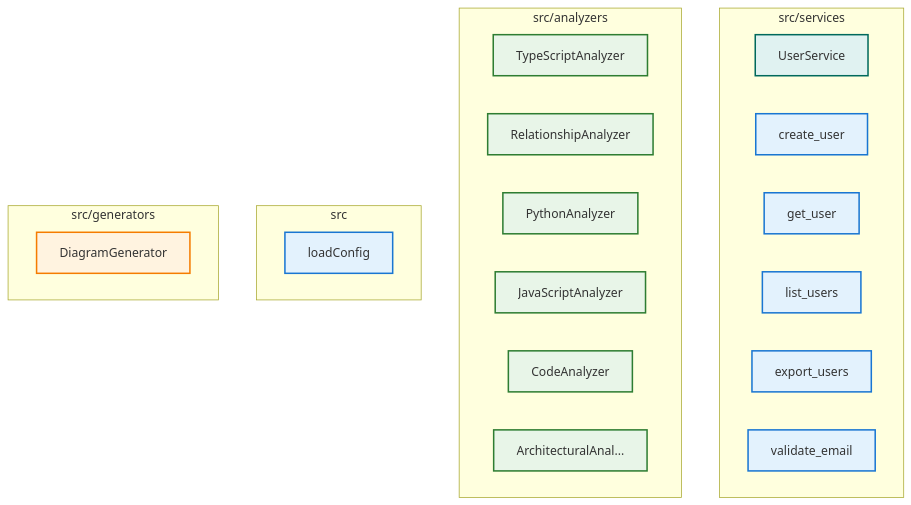
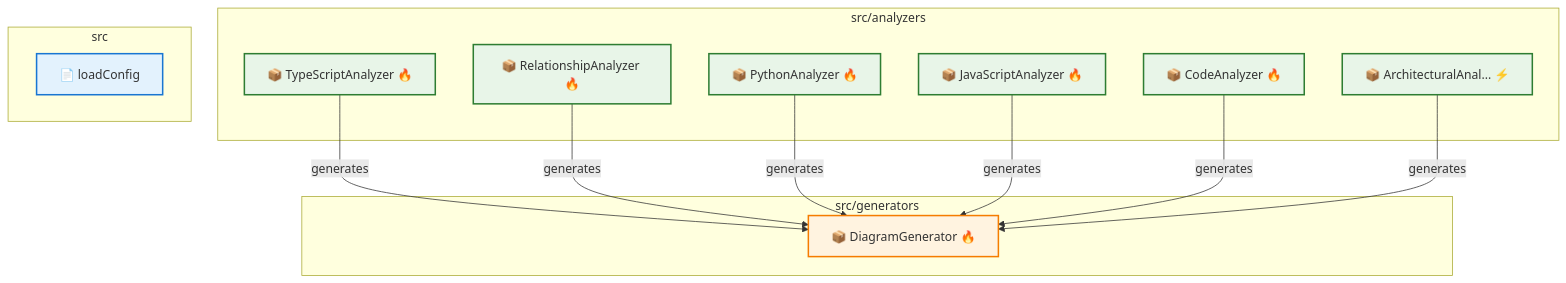
Before and after one commit to samjhill/diagrammer: the diagram in docs/architecture/architecture.md, drawn with Mermaid. The commit also changed other lines of this file and 7 other files, not shown here.

Commit message:
docs: Update architecture diagrams [skip ci]

````diff
--- a/docs/architecture/architecture.md
+++ b/docs/architecture/architecture.md
@@ -15,54 +24,52 @@
 ```mermaid
 graph TD
   classDef component fill:#e3f2fd,stroke:#1976d2,stroke-width:2px
   classDef analyzer fill:#e8f5e8,stroke:#2e7d32,stroke-width:2px
   classDef generator fill:#fff3e0,stroke:#f57c00,stroke-width:2px
   classDef manager fill:#f3e5f5,stroke:#7b1fa2,stroke-width:2px
   classDef service fill:#e0f2f1,stroke:#00695c,stroke-width:2px
   classDef external fill:#ffebee,stroke:#c62828,stroke-width:2px
+  classDef large fill:#e3f2fd,stroke:#1976d2,stroke-width:3px,font-size:14px
+  classDef medium fill:#e3f2fd,stroke:#1976d2,stroke-width:2px,font-size:12px
+  classDef small fill:#e3f2fd,stroke:#1976d2,stroke-width:1px,font-size:10px
   classDef framework fill:#f1f8e9,stroke:#558b2f,stroke-width:2px
   classDef npm fill:#e8eaf6,stroke:#3f51b5,stroke-width:2px
   classDef group fill:#fafafa,stroke:#424242,stroke-width:3px
-
-  subgraph tests_sample_project_src_services["src/services"]
-    UserService["UserService"]
-    create_user["create_user"]
-    get_user["get_user"]
-    list_users["list_users"]
-    export_users["export_users"]
-    validate_email["validate_email"]
-  end
+  classDef relationship fill:#ffeb3b,stroke:#f57f17,stroke-width:2px
+  classDef dependency fill:#ff9800,stroke:#e65100,stroke-width:2px
+  classDef data fill:#4caf50,stroke:#1b5e20,stroke-width:2px
+  classDef api fill:#2196f3,stroke:#0d47a1,stroke-width:2px
 
   subgraph src_analyzers["src/analyzers"]
-    TypeScriptAnalyzer["TypeScriptAnalyzer"]
-    RelationshipAnalyzer["RelationshipAnalyzer"]
-    PythonAnalyzer["PythonAnalyzer"]
-    JavaScriptAnalyzer["JavaScriptAnalyzer"]
-    CodeAnalyzer["CodeAnalyzer"]
-    ArchitecturalAnalyzer["ArchitecturalAnal..."]
+    TypeScriptAnalyzer["📦 TypeScriptAnalyzer 🔥"]
+    RelationshipAnalyzer["📦 RelationshipAnalyzer 🔥"]
+    PythonAnalyzer["📦 PythonAnalyzer 🔥"]
+    JavaScriptAnalyzer["📦 JavaScriptAnalyzer 🔥"]
+    CodeAnalyzer["📦 CodeAnalyzer 🔥"]
+    ArchitecturalAnalyzer["📦 ArchitecturalAnal... ⚡"]
   end
 
   subgraph src["src"]
-    loadConfig["loadConfig"]
+    loadConfig["📄 loadConfig"]
   end
 
   subgraph src_generators["src/generators"]
-    DiagramGenerator["DiagramGenerator"]
+    DiagramGenerator["📦 DiagramGenerator 🔥"]
   end
 
-  UserService:::service
-  create_user:::component
-  get_user:::component
-  list_users:::component
-  export_users:::component
-  validate_email:::component
   loadConfig:::component
   DiagramGenerator:::generator
   TypeScriptAnalyzer:::analyzer
   RelationshipAnalyzer:::analyzer
   PythonAnalyzer:::analyzer
   JavaScriptAnalyzer:::analyzer
   CodeAnalyzer:::analyzer
   ArchitecturalAnalyzer:::analyzer
+  TypeScriptAnalyzer -->|generates| DiagramGenerator
+  RelationshipAnalyzer -->|generates| DiagramGenerator
+  PythonAnalyzer -->|generates| DiagramGenerator
+  JavaScriptAnalyzer -->|generates| DiagramGenerator
+  CodeAnalyzer -->|generates| DiagramGenerator
+  ArchitecturalAnalyzer -->|generates| DiagramGenerator
 
 ```
````
